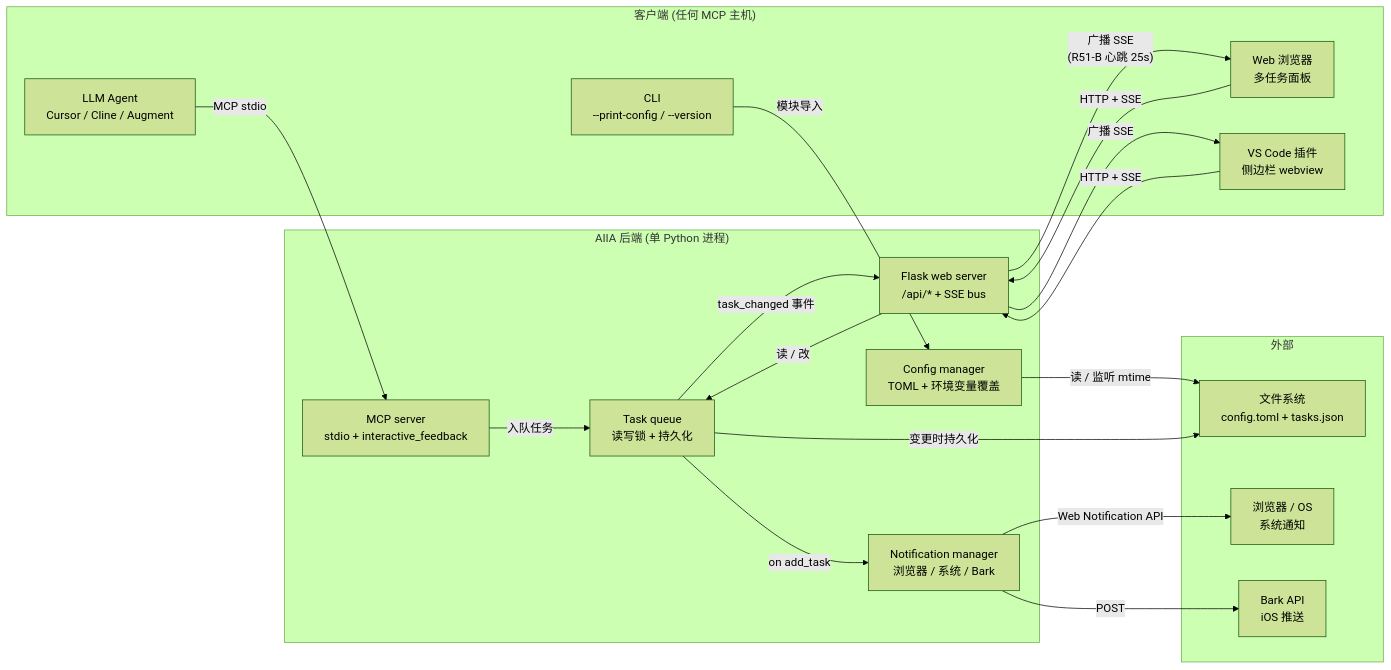
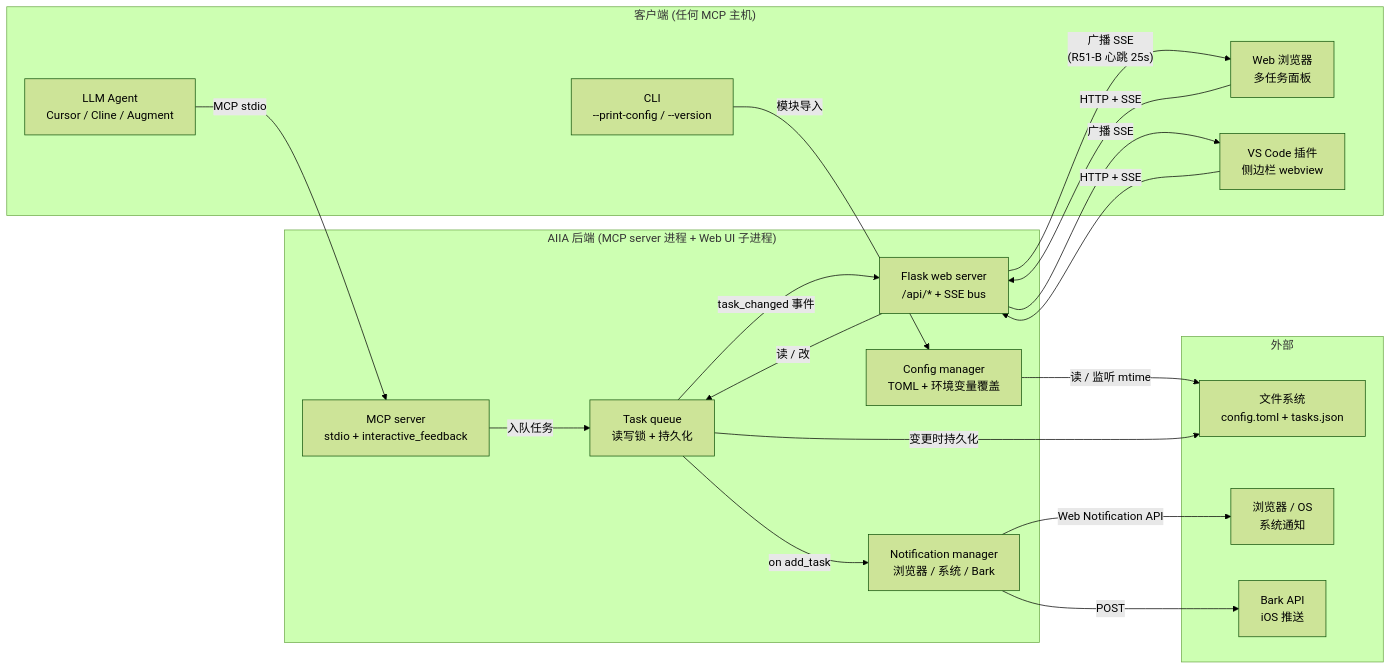
One commit to XIADENGMA/ai-intervention-agent changed the first of 3 diagrams in docs/architecture.zh-CN.md. Above: the diagram before and after it, drawn with Mermaid (forest theme). The commit also changed other lines of this file and 94 other files, not shown here.

````diff
--- a/docs/architecture.zh-CN.md
+++ b/docs/architecture.zh-CN.md
@@ -11,39 +11,39 @@
 ```mermaid
 graph LR
     subgraph Clients["客户端 (任何 MCP 主机)"]
         A1[LLM Agent<br/>Cursor / Cline / Augment]
         A2[Web 浏览器<br/>多任务面板]
         A3[VS Code 插件<br/>侧边栏 webview]
         A4[CLI<br/>--print-config / --version]
     end
 
-    subgraph Backend["AIIA 后端 (单 Python 进程)"]
+    subgraph Backend["AIIA 后端 (MCP server 进程 + Web UI 子进程)"]
         B1[MCP server<br/>stdio + interactive_feedback]
         B2[Flask web server<br/>/api/* + SSE bus]
         B3[Task queue<br/>读写锁 + 持久化]
         B4[Notification manager<br/>浏览器 / 系统 / Bark]
         B5[Config manager<br/>TOML + 环境变量覆盖]
     end
 
     subgraph External["外部"]
         E1[文件系统<br/>config.toml + tasks.json]
         E2[浏览器 / OS<br/>系统通知]
         E3[Bark API<br/>iOS 推送]
     end
 
     A1 -- MCP stdio --> B1
     A2 -- HTTP + SSE --> B2
     A3 -- HTTP + SSE --> B2
     A4 -- 模块导入 --> B5
 
     B1 -- 入队任务 --> B3
     B2 -- 读 / 改 --> B3
     B3 -- task_changed 事件 --> B2
     B2 -- "广播 SSE<br/>(R51-B 心跳 25s)" --> A2
     B2 -- 广播 SSE --> A3
     B3 -- on add_task --> B4
     B4 -- Web Notification API --> E2
     B4 -- POST --> E3
     B5 -- 读 / 监听 mtime --> E1
     B3 -- 变更时持久化 --> E1
 ```
````
